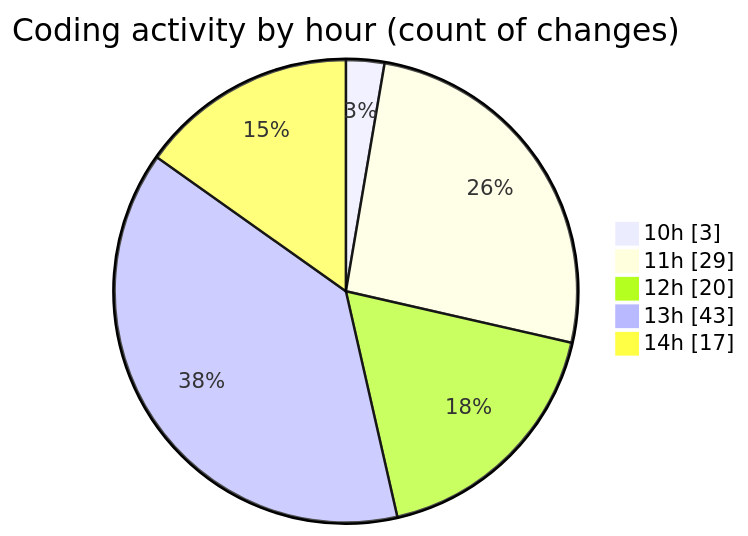
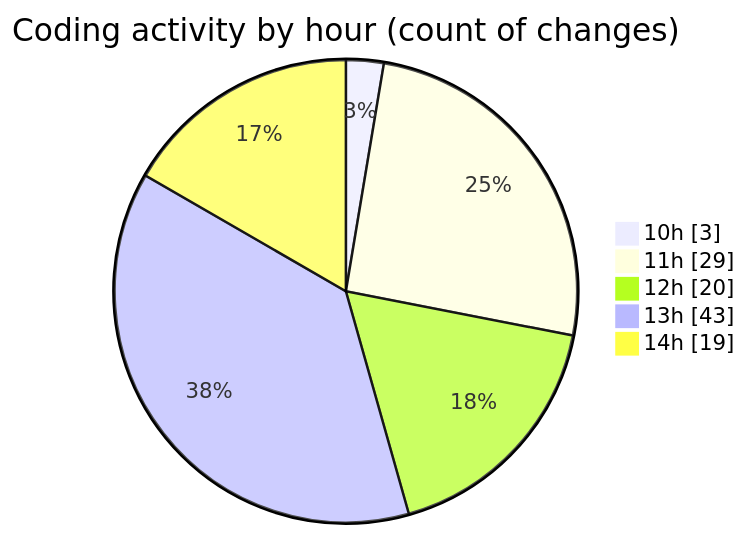
One commit to EIIisD/code-tracking changed the second of 2 diagrams in 2025-08-14/ribbon/README.md. Above: the diagram before and after it, drawn with Mermaid. The commit also changed other lines of this file and 1 other file, not shown here.

````diff
--- a/2025-08-14/ribbon/README.md
+++ b/2025-08-14/ribbon/README.md
@@ -40,9 +40,9 @@
 ```mermaid
 pie showData
 title Coding activity by hour (count of changes)
 "10h" : 3
 "11h" : 29
 "12h" : 20
 "13h" : 43
-"14h" : 17
+"14h" : 19
 ```
````
